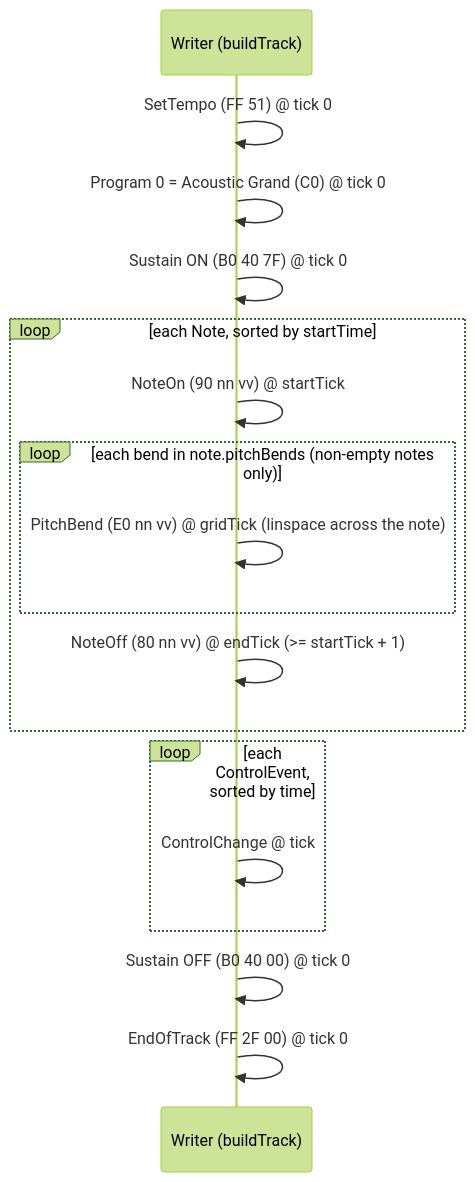
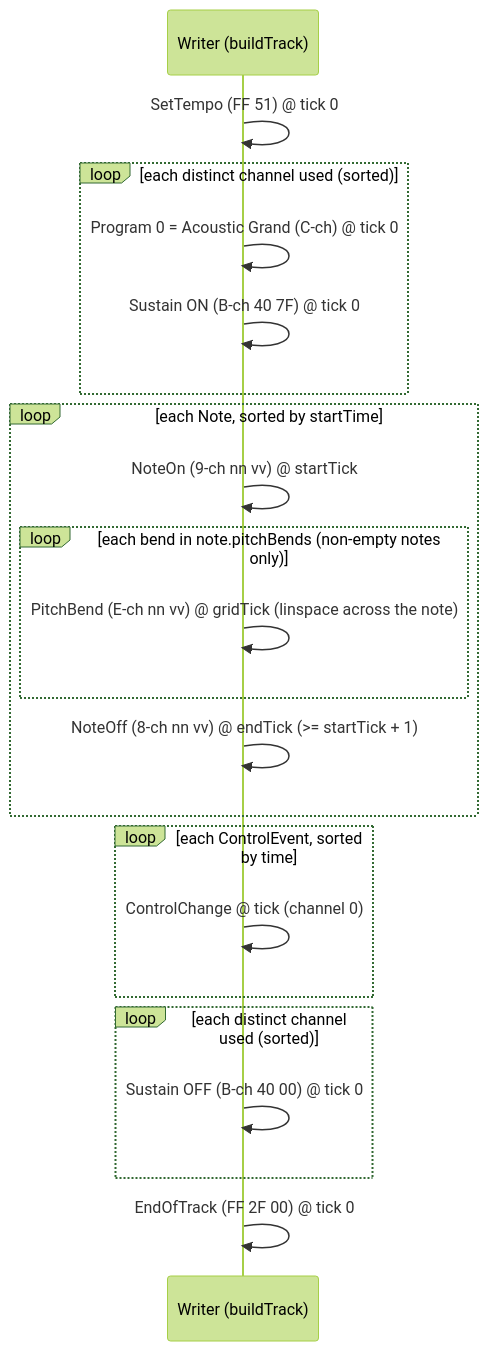
One commit to Fudmottin/Audio changed the diagram in lode/midicapture/writer.md. Above: the diagram before and after it, drawn with Mermaid (forest theme). The commit also changed other lines of this file and 3 other files, not shown here.

First line of the commit message:
lode: document per-pitch channels + per-channel writer scaffolding (feature 3)

````diff
--- a/lode/midicapture/writer.md
+++ b/lode/midicapture/writer.md
@@ -43,19 +43,23 @@
 ```mermaid
 sequenceDiagram
     participant W as Writer (buildTrack)
     W->>W: SetTempo (FF 51) @ tick 0
-    W->>W: Program 0 = Acoustic Grand (C0) @ tick 0
-    W->>W: Sustain ON (B0 40 7F) @ tick 0
+    loop each distinct channel used (sorted)
+        W->>W: Program 0 = Acoustic Grand (C-ch) @ tick 0
+        W->>W: Sustain ON (B-ch 40 7F) @ tick 0
+    end
     loop each Note, sorted by startTime
-        W->>W: NoteOn  (90 nn vv) @ startTick
+        W->>W: NoteOn  (9-ch nn vv) @ startTick
         loop each bend in note.pitchBends (non-empty notes only)
-            W->>W: PitchBend (E0 nn vv) @ gridTick  (linspace across the note)
+            W->>W: PitchBend (E-ch nn vv) @ gridTick  (linspace across the note)
         end
-        W->>W: NoteOff (80 nn vv) @ endTick  (>= startTick + 1)
+        W->>W: NoteOff (8-ch nn vv) @ endTick  (>= startTick + 1)
     end
     loop each ControlEvent, sorted by time
-        W->>W: ControlChange @ tick
+        W->>W: ControlChange @ tick (channel 0)
     end
-    W->>W: Sustain OFF (B0 40 00) @ tick 0
+    loop each distinct channel used (sorted)
+        W->>W: Sustain OFF (B-ch 40 00) @ tick 0
+    end
     W->>W: EndOfTrack (FF 2F 00) @ tick 0
 ```
````
